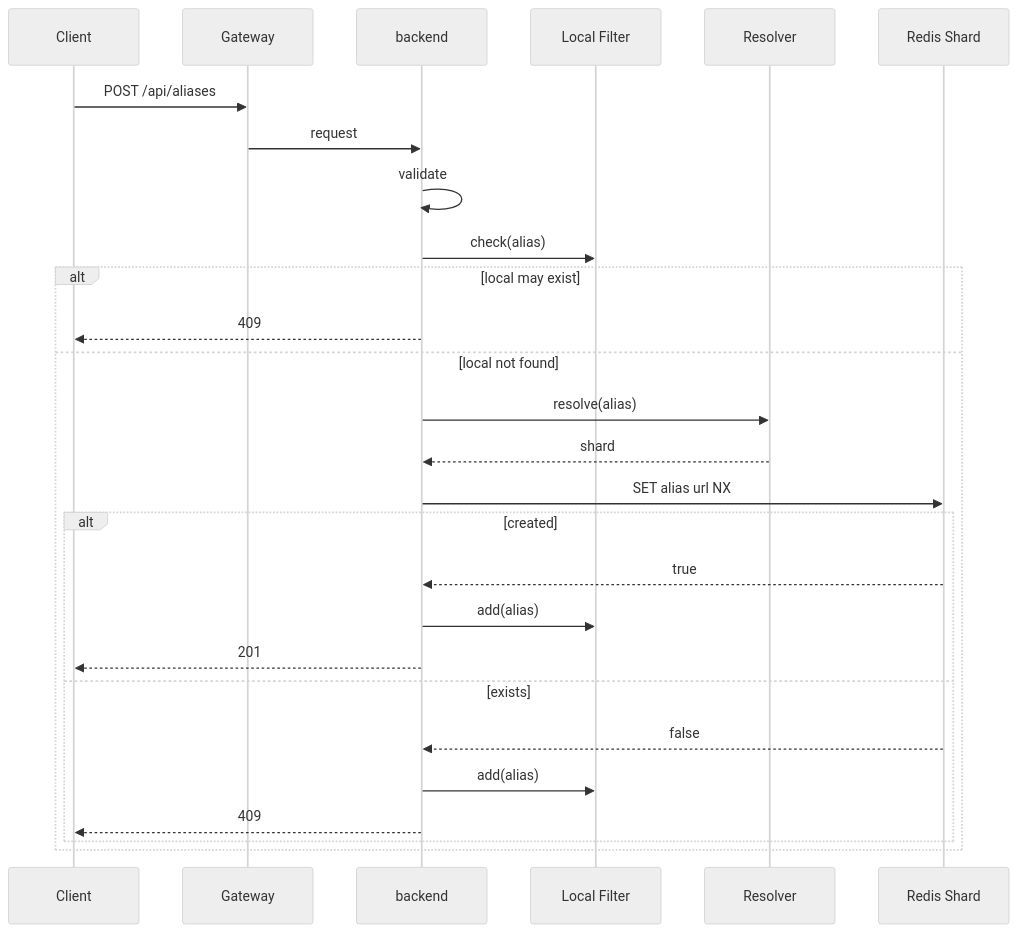
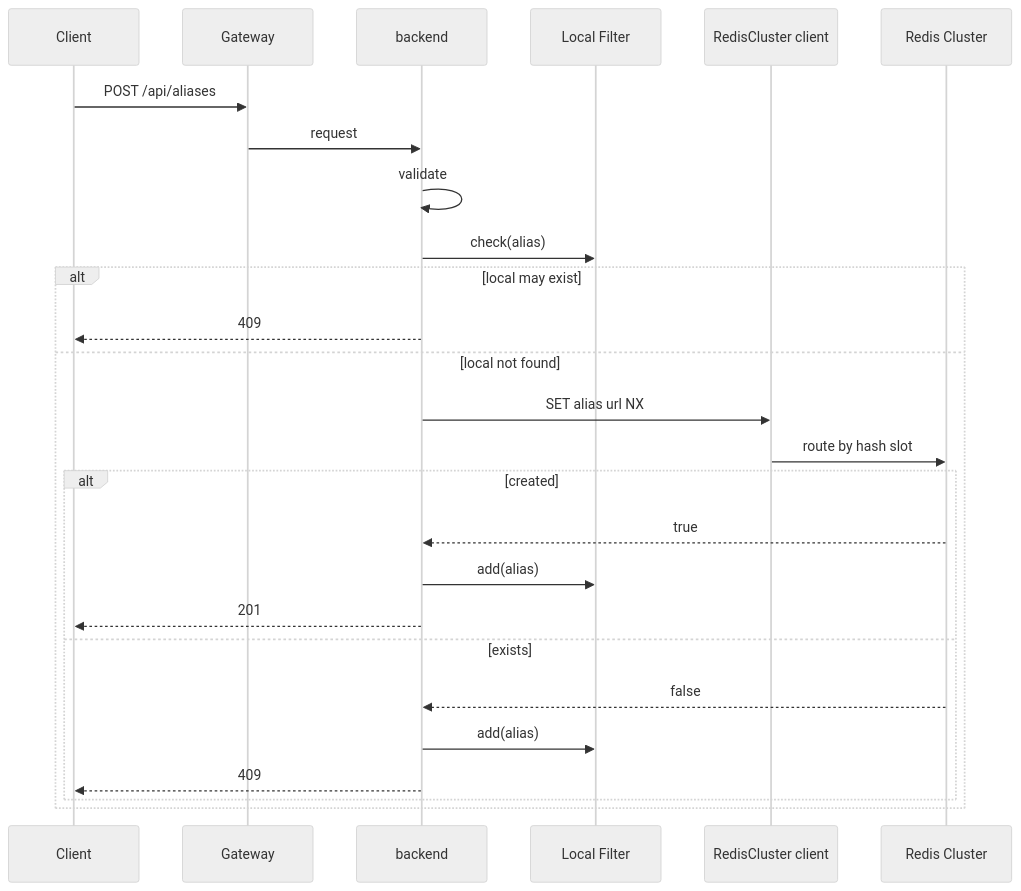
The third of 7 diagrams in variants/distributed/ARCHITECTURE.md (sumiredc/alias-url), drawn with Mermaid (neutral theme) before and after one commit. The commit also changed other lines of this file and 27 other files, not shown here.

````diff
--- a/variants/distributed/ARCHITECTURE.md
+++ b/variants/distributed/ARCHITECTURE.md
@@ -56,30 +55,29 @@
 ```mermaid
 sequenceDiagram
     participant C as Client
     participant G as Gateway
     participant B as backend
     participant F as Local Filter
-    participant R as Resolver
-    participant S as Redis Shard
+    participant RC as RedisCluster client
+    participant S as Redis Cluster
 
     C->>G: POST /api/aliases
     G->>B: request
     B->>B: validate
     B->>F: check(alias)
     alt local may exist
         B-->>C: 409
     else local not found
-        B->>R: resolve(alias)
-        R-->>B: shard
-        B->>S: SET alias url NX
+        B->>RC: SET alias url NX
+        RC->>S: route by hash slot
         alt created
             S-->>B: true
             B->>F: add(alias)
             B-->>C: 201
         else exists
             S-->>B: false
             B->>F: add(alias)
             B-->>C: 409
         end
     end
 ```
````
